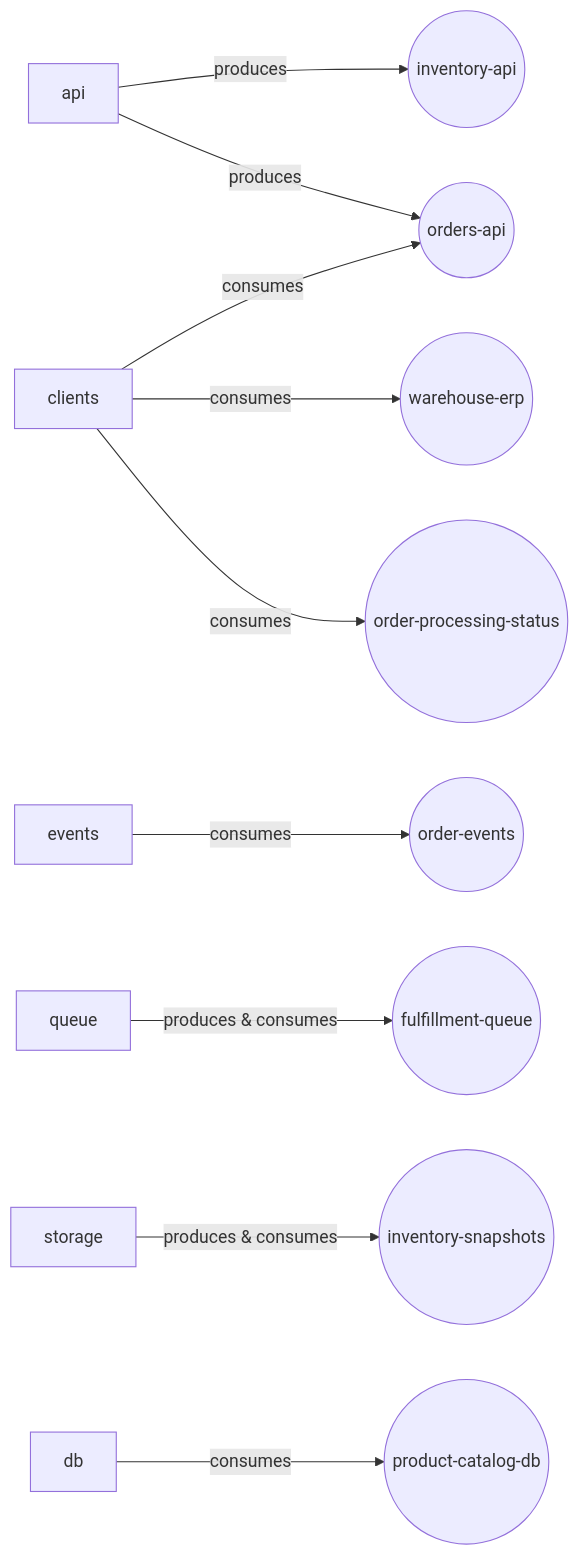
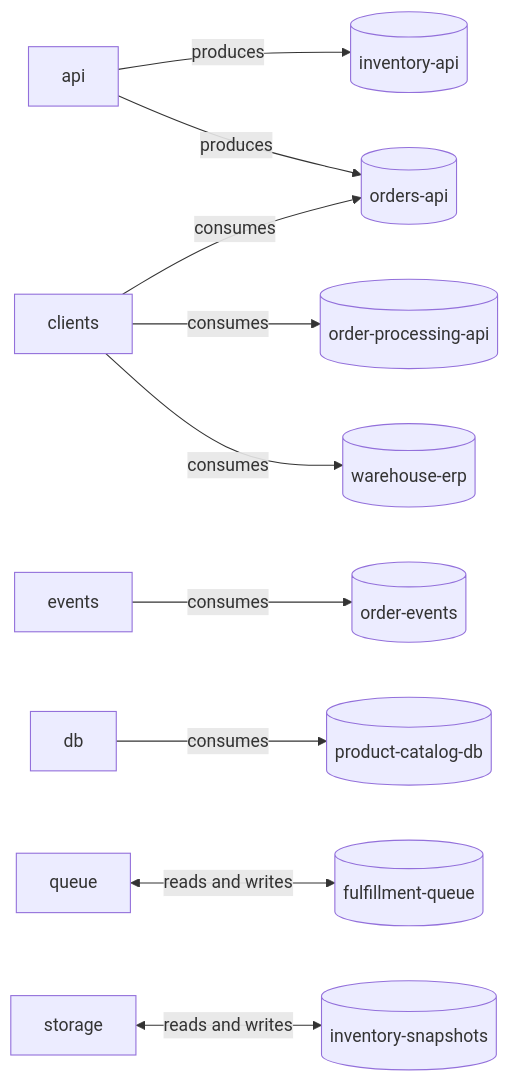
One commit to industrial-curiosity/panopticon-test changed the diagram in docs/panopticon-test-child-a/architecture.md. Above: the diagram before and after it, drawn with Mermaid. The commit also changed other lines of this file and 12 other files, not shown here.

````diff
--- a/docs/panopticon-test-child-a/architecture.md
+++ b/docs/panopticon-test-child-a/architecture.md
@@ -21,12 +29,12 @@
 ```mermaid
-graph LR
-    api -->|produces| inventory_api((inventory-api))
-    api -->|produces| orders_api((orders-api))
-    clients -->|consumes| orders_api
-    clients -->|consumes| warehouse_erp((warehouse-erp))
-    clients -->|consumes| processing_status((order-processing-status))
-    events -->|consumes| order_events((order-events))
-    queue -->|produces & consumes| fulfillment_queue((fulfillment-queue))
-    storage -->|produces & consumes| inventory_snapshots((inventory-snapshots))
-    db -->|consumes| product_catalog_db((product-catalog-db))
+flowchart LR
+    api[api] -->|produces| inventory_api[(inventory-api)]
+    api -->|produces| orders_api[(orders-api)]
+    clients[clients] -->|consumes| orders_api
+    clients -->|consumes| processing_api[(order-processing-api)]
+    clients -->|consumes| warehouse_erp[(warehouse-erp)]
+    events[events] -->|consumes| order_events[(order-events)]
+    db[db] -->|consumes| catalog_db[(product-catalog-db)]
+    queue[queue] <-->|reads and writes| fulfillment_queue[(fulfillment-queue)]
+    storage[storage] <-->|reads and writes| inventory_snapshots[(inventory-snapshots)]
 ```
````
